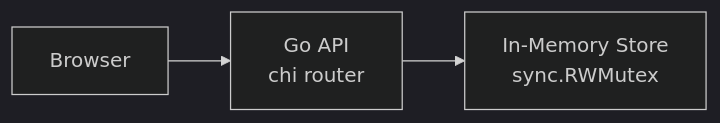
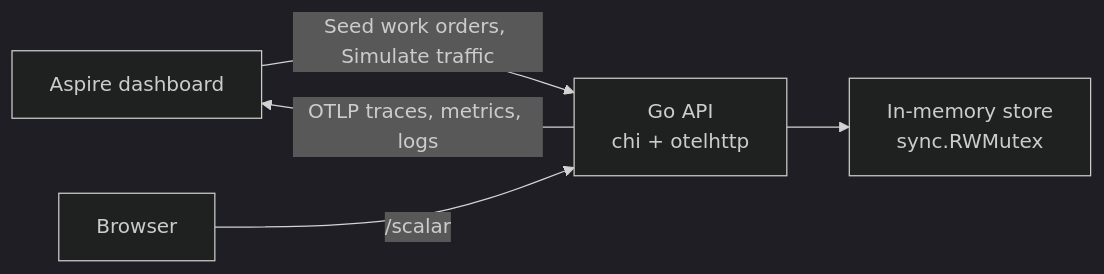
The diagram in samples/golang-api/README.md (microsoft/aspire-samples), drawn with Mermaid (dark theme) before and after one commit. The commit also changed other lines of this file and 23 other files, not shown here.

First line of the commit message:
golang-api: field-service work orders with OpenTelemetry, OpenAPI/Scalar, and dashboard commands

````diff
--- a/samples/golang-api/README.md
+++ b/samples/golang-api/README.md
@@ -11,5 +9,7 @@
 ```mermaid
 flowchart LR
-    Browser --> API[Go API<br/>chi router]
-    API --> Store[In-Memory Store<br/>sync.RWMutex]
+    Dashboard[Aspire dashboard] -->|"Seed work orders, Simulate traffic"| API[Go API<br/>chi + otelhttp]
+    Browser -->|"/scalar"| API
+    API --> Store[In-memory store<br/>sync.RWMutex]
+    API -->|"OTLP traces, metrics, logs"| Dashboard
 ```
````
